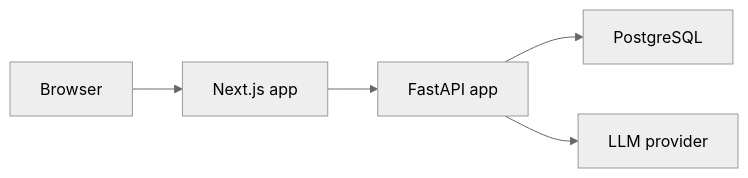
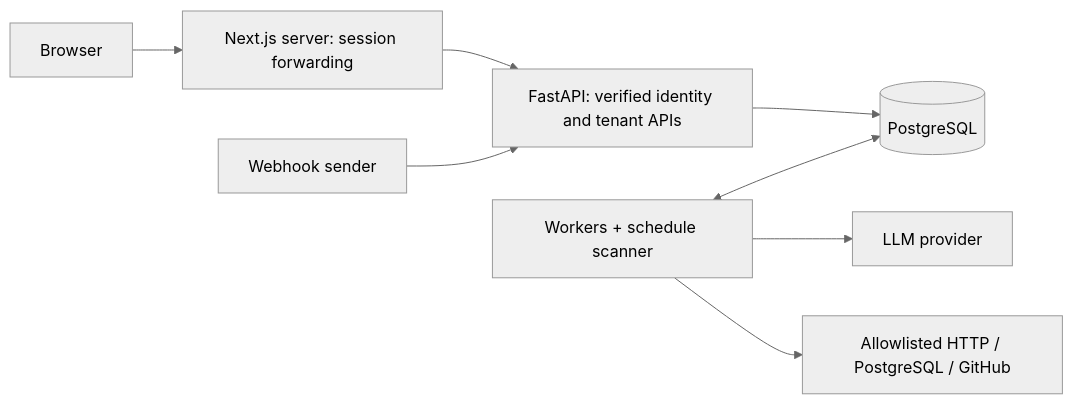
The first of 3 diagrams in docs/ARCHITECTURE.md (christiankfoury/agentops-workflow-platform), drawn with Mermaid (neutral theme) before and after one commit. The commit also changed other lines of this file and 27 other files, not shown here.

First line of the commit message:
docs: reconcile durable platform architecture and evidence

````diff
--- a/docs/ARCHITECTURE.md
+++ b/docs/ARCHITECTURE.md
@@ -9,13 +11,10 @@
 ```mermaid
 flowchart LR
-    Browser["Browser"]
-    Web["Next.js app"]
-    API["FastAPI app"]
-    DB["PostgreSQL"]
-    LLM["LLM provider"]
-
-    Browser --> Web
-    Web --> API
-    API --> DB
-    API --> LLM
+    User["Browser"] --> Web["Next.js server: session forwarding"]
+    Web --> API["FastAPI: verified identity and tenant APIs"]
+    Sender["Webhook sender"] --> API
+    API --> DB[("PostgreSQL")]
+    Workers["Workers + schedule scanner"] <--> DB
+    Workers --> Provider["LLM provider"]
+    Workers --> Destinations["Allowlisted HTTP / PostgreSQL / GitHub"]
 ```
````
